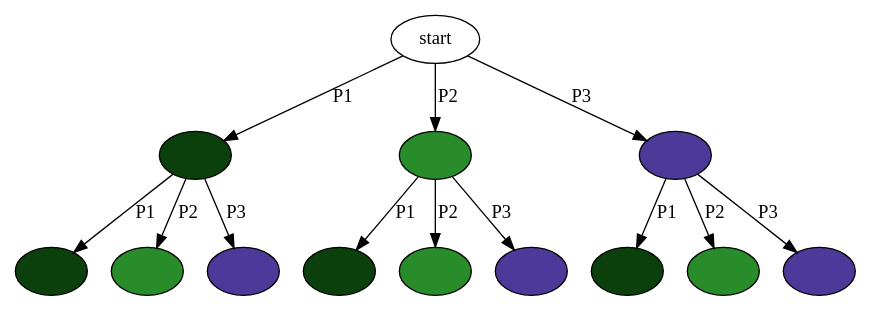
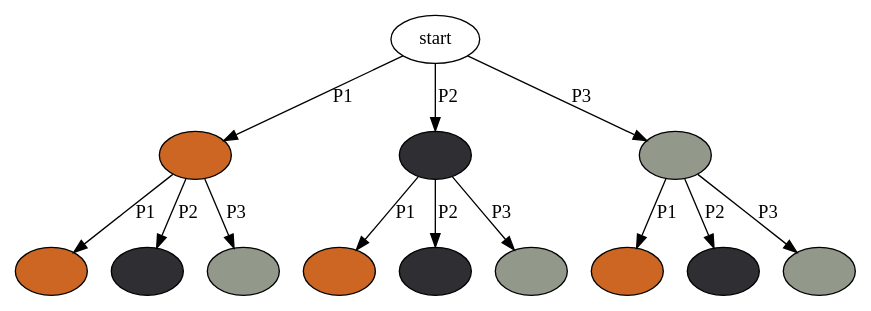
The diagram in async.dot (hgoes/master-thesis), drawn with Graphviz before and after one commit. The commit also changed 11 other files, not shown here.

```diff
--- a/async.dot
+++ b/async.dot
@@ -1,28 +1,28 @@
 digraph {
 	n[label="start"];
-	n1[label="",style=filled,fillcolor="#0b 40 0c"];
-	n2[label="",style=filled,fillcolor="#27 8c 29"];
-	n3[label="",style=filled,fillcolor="#4d 39 99"];
-	n11[label="",style=filled,fillcolor="#0b 40 0c"];
-	n12[label="",style=filled,fillcolor="#27 8c 29"];
-	n13[label="",style=filled,fillcolor="#4d 39 99"];
-	n21[label="",style=filled,fillcolor="#0b 40 0c"];
-	n22[label="",style=filled,fillcolor="#27 8c 29"];
-	n23[label="",style=filled,fillcolor="#4d 39 99"];
-	n31[label="",style=filled,fillcolor="#0b 40 0c"];
-	n32[label="",style=filled,fillcolor="#27 8c 29"];
-	n33[label="",style=filled,fillcolor="#4d 39 99"];
+	n1[label="",style=filled,fillcolor="#cc 66 22"];
+	n2[label="",style=filled,fillcolor="#2e 2e 33"];
+	n3[label="",style=filled,fillcolor="#93 99 8a"];
+	n11[label="",style=filled,fillcolor="#cc 66 22"];
+	n12[label="",style=filled,fillcolor="#2e 2e 33"];
+	n13[label="",style=filled,fillcolor="#93 99 8a"];
+	n21[label="",style=filled,fillcolor="#cc 66 22"];
+	n22[label="",style=filled,fillcolor="#2e 2e 33"];
+	n23[label="",style=filled,fillcolor="#93 99 8a"];
+	n31[label="",style=filled,fillcolor="#cc 66 22"];
+	n32[label="",style=filled,fillcolor="#2e 2e 33"];
+	n33[label="",style=filled,fillcolor="#93 99 8a"];
 
 	n -> n1[label="P1"];
 	n -> n2[label="P2"];
 	n -> n3[label="P3"];
 	n1 -> n11[label="P1"];
 	n1 -> n12[label="P2"];
 	n1 -> n13[label="P3"];
 	n2 -> n21[label="P1"];
 	n2 -> n22[label="P2"];
 	n2 -> n23[label="P3"];
 	n3 -> n31[label="P1"];
 	n3 -> n32[label="P2"];
 	n3 -> n33[label="P3"];
 }
```
